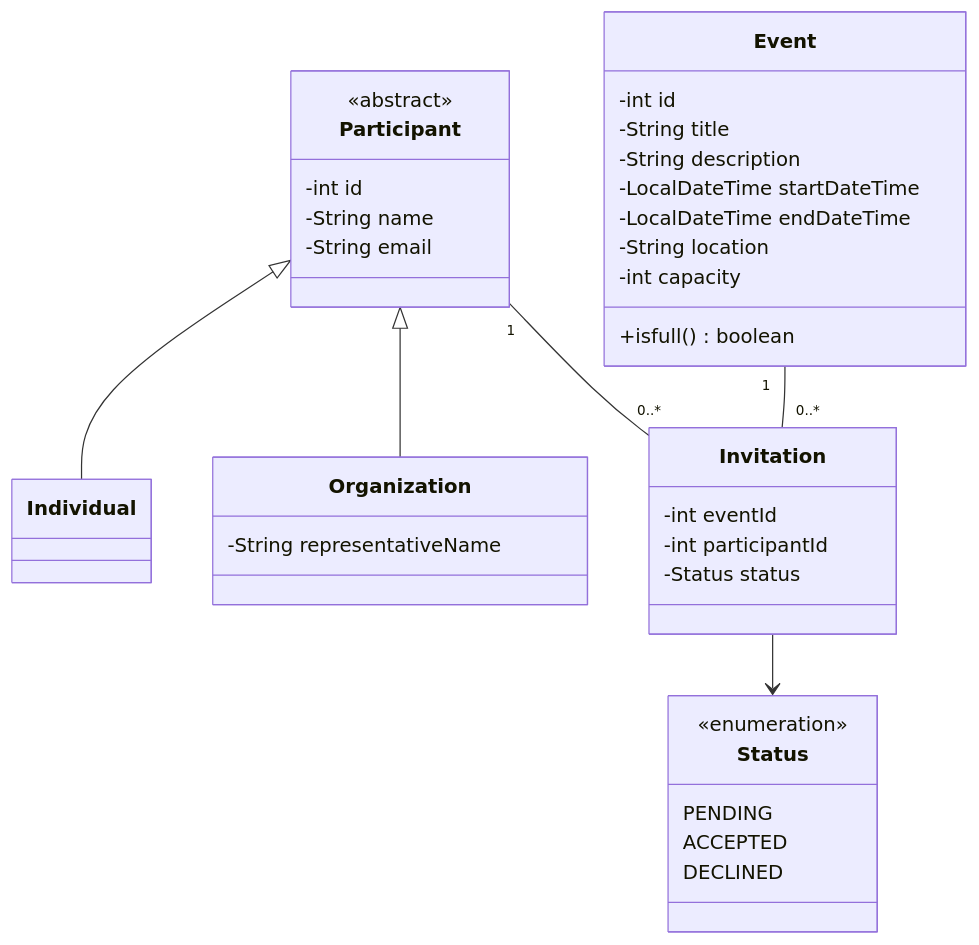
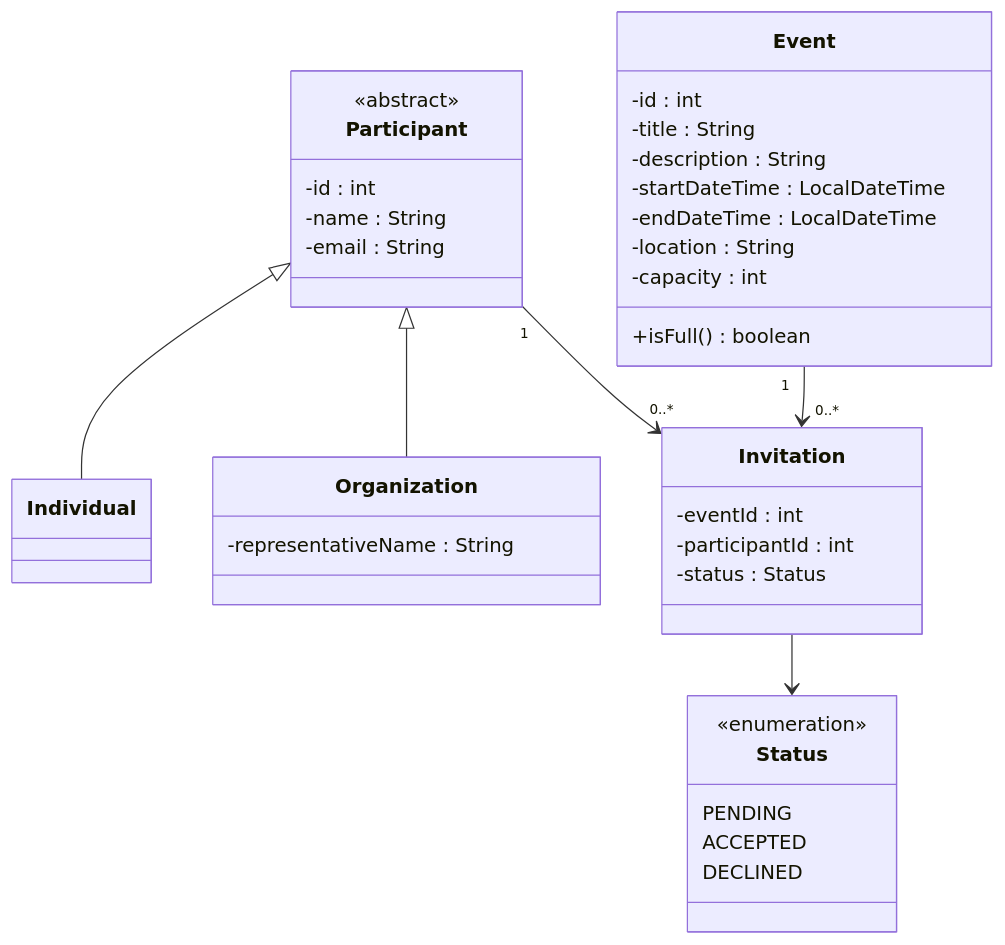
One commit to sunsarav/EventManagementApp changed the diagram in README.md. Above: the diagram before and after it, drawn with Mermaid. The commit also changed other lines of this file, not shown here.

````diff
--- a/README.md
+++ b/README.md
@@ -26,40 +30,45 @@
 ```mermaid
 classDiagram
     class Participant {
         <<abstract>>
-        -int id
-        -String name
-        -String email
+        -id : int
+        -name : String
+        -email : String
     }
-    class Individual {
+
+    class Individual
+
+    class Organization {
+        -representativeName : String
     }
-    class Organization {
-        -String representativeName
+
+    class Event {
+        -id : int
+        -title : String
+        -description : String
+        -startDateTime : LocalDateTime
+        -endDateTime : LocalDateTime
+        -location : String
+        -capacity : int
+        +isFull() boolean
     }
-    class Event {
-        -int id
-        -String title
-        -String description
-        -LocalDateTime startDateTime
-        -LocalDateTime endDateTime
-        -String location
-        -int capacity
-        +isfull() boolean
+
+    class Invitation {
+        -eventId : int
+        -participantId : int
+        -status : Status
     }
-    class Invitation {
-        -int eventId
-        -int participantId
-        -Status status
-    }
+
     class Status {
         <<enumeration>>
         PENDING
         ACCEPTED
         DECLINED
     }
+
     Participant <|-- Individual
     Participant <|-- Organization
-    Event "1" -- "0..*" Invitation
-    Participant "1" -- "0..*" Invitation
+    Event "1" --> "0..*" Invitation
+    Participant "1" --> "0..*" Invitation
     Invitation --> Status
 ```
````
